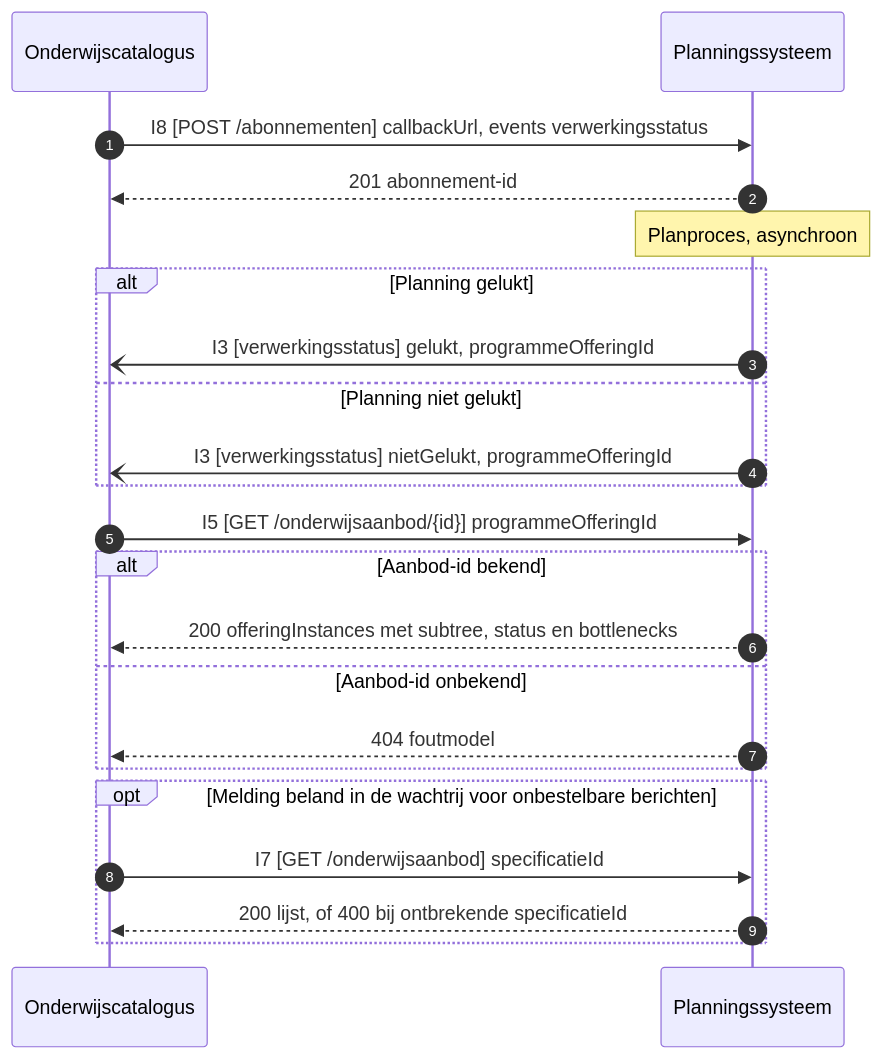
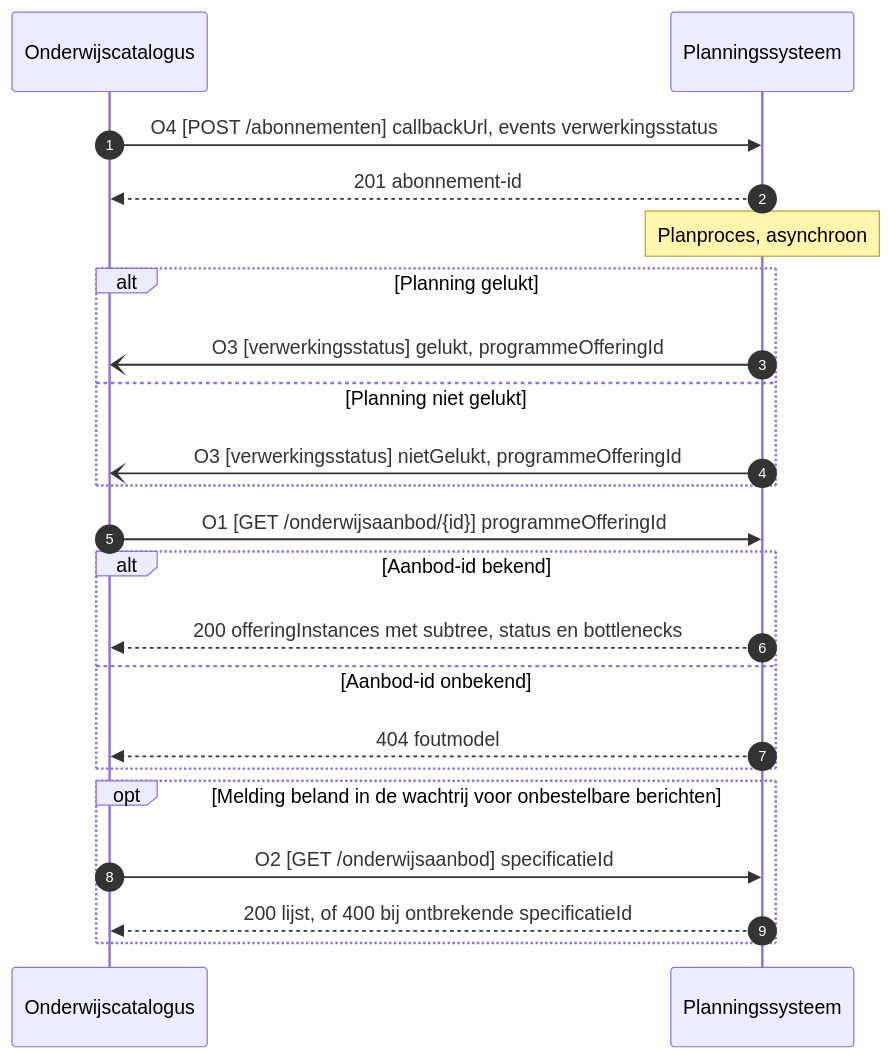
Before and after one commit to Npuls-OKx/meta: the first of 6 diagrams in architecture/docs/specificatie/interactie-onderwijsaanbod/is-oa-04.md, drawn with Mermaid. The commit also changed other lines of this file and 33 other files, not shown here.

````diff
--- a/architecture/docs/specificatie/interactie-onderwijsaanbod/is-oa-04.md
+++ b/architecture/docs/specificatie/interactie-onderwijsaanbod/is-oa-04.md
@@ -53,25 +53,25 @@
 ```mermaid
 sequenceDiagram
     autonumber
     participant OC as Onderwijscatalogus
     participant P as Planningssysteem
 
-    OC->>P: I8 [POST /abonnementen] callbackUrl, events verwerkingsstatus
+    OC->>P: O4 [POST /abonnementen] callbackUrl, events verwerkingsstatus
     P-->>OC: 201 abonnement-id
     Note over P: Planproces, asynchroon
     alt Planning gelukt
-        P-)OC: I3 [verwerkingsstatus] gelukt, programmeOfferingId
+        P-)OC: O3 [verwerkingsstatus] gelukt, programmeOfferingId
     else Planning niet gelukt
-        P-)OC: I3 [verwerkingsstatus] nietGelukt, programmeOfferingId
+        P-)OC: O3 [verwerkingsstatus] nietGelukt, programmeOfferingId
     end
-    OC->>P: I5 [GET /onderwijsaanbod/{id}] programmeOfferingId
+    OC->>P: O1 [GET /onderwijsaanbod/{id}] programmeOfferingId
     alt Aanbod-id bekend
         P-->>OC: 200 offeringInstances met subtree, status en bottlenecks
     else Aanbod-id onbekend
         P-->>OC: 404 foutmodel
     end
     opt Melding beland in de wachtrij voor onbestelbare berichten
-        OC->>P: I7 [GET /onderwijsaanbod] specificatieId
+        OC->>P: O2 [GET /onderwijsaanbod] specificatieId
         P-->>OC: 200 lijst, of 400 bij ontbrekende specificatieId
     end
 ```
````
